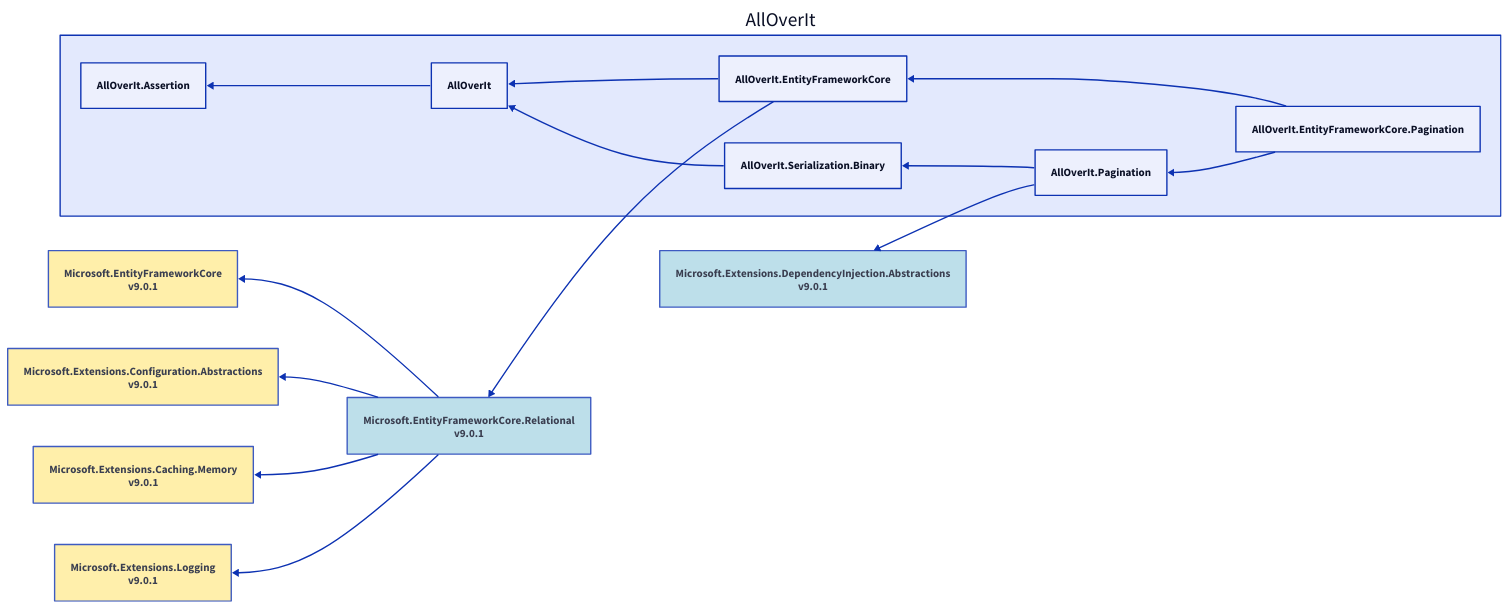
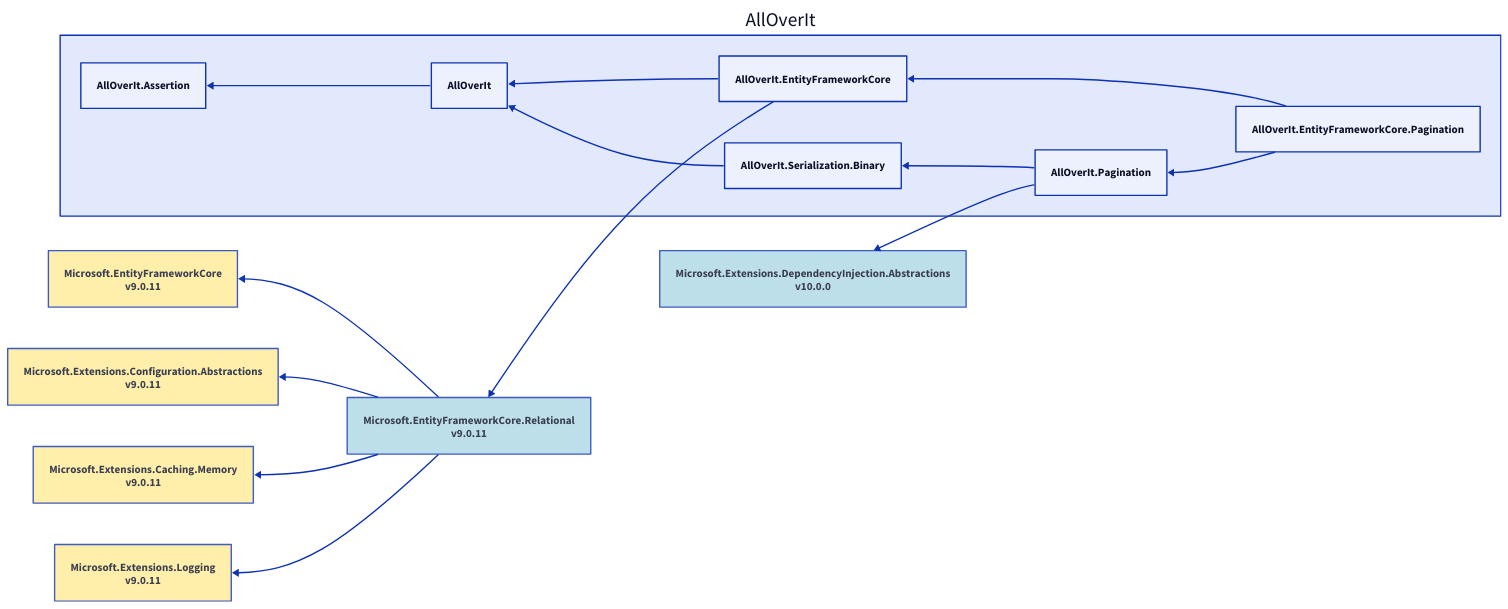
The diagram in Docs/Reference/Content/images/dependencies/net8.0/alloverit-entityframeworkcore-pagination.d2 (mjfreelancing/AllOverIt), drawn with D2 before and after one commit. The commit also changed 163 other files, not shown here.

```diff
--- a/Docs/Reference/Content/images/dependencies/net8.0/alloverit-entityframeworkcore-pagination.d2
+++ b/Docs/Reference/Content/images/dependencies/net8.0/alloverit-entityframeworkcore-pagination.d2
@@ -1,39 +1,39 @@
 direction: left
 
 aoi: AllOverIt
 aoi.alloverit-entityframeworkcore-pagination: AllOverIt.EntityFrameworkCore.Pagination
 aoi.alloverit-entityframeworkcore: AllOverIt.EntityFrameworkCore
-microsoft-entityframeworkcore-relational_9-0-1: Microsoft.EntityFrameworkCore.Relational\nv9.0.1
-microsoft-entityframeworkcore-relational_9-0-1.style.fill: "#ADD8E6"
-microsoft-entityframeworkcore-relational_9-0-1.style.opacity: 0.8
-microsoft-entityframeworkcore_9-0-1: Microsoft.EntityFrameworkCore\nv9.0.1
-microsoft-entityframeworkcore_9-0-1.style.fill: "#FFEC96"
-microsoft-entityframeworkcore_9-0-1.style.opacity: 0.8
-microsoft-entityframeworkcore_9-0-1 <- microsoft-entityframeworkcore-relational_9-0-1
-microsoft-extensions-configuration-abstractions_9-0-1: Microsoft.Extensions.Configuration.Abstractions\nv9.0.1
-microsoft-extensions-configuration-abstractions_9-0-1.style.fill: "#FFEC96"
-microsoft-extensions-configuration-abstractions_9-0-1.style.opacity: 0.8
-microsoft-extensions-configuration-abstractions_9-0-1 <- microsoft-entityframeworkcore-relational_9-0-1
-microsoft-extensions-caching-memory_9-0-1: Microsoft.Extensions.Caching.Memory\nv9.0.1
-microsoft-extensions-caching-memory_9-0-1.style.fill: "#FFEC96"
-microsoft-extensions-caching-memory_9-0-1.style.opacity: 0.8
-microsoft-extensions-caching-memory_9-0-1 <- microsoft-entityframeworkcore-relational_9-0-1
-microsoft-extensions-logging_9-0-1: Microsoft.Extensions.Logging\nv9.0.1
-microsoft-extensions-logging_9-0-1.style.fill: "#FFEC96"
-microsoft-extensions-logging_9-0-1.style.opacity: 0.8
-microsoft-extensions-logging_9-0-1 <- microsoft-entityframeworkcore-relational_9-0-1
-microsoft-entityframeworkcore-relational_9-0-1 <- aoi.alloverit-entityframeworkcore
+microsoft-entityframeworkcore-relational_9-0-11: Microsoft.EntityFrameworkCore.Relational\nv9.0.11
+microsoft-entityframeworkcore-relational_9-0-11.style.fill: "#ADD8E6"
+microsoft-entityframeworkcore-relational_9-0-11.style.opacity: 0.8
+microsoft-entityframeworkcore_9-0-11: Microsoft.EntityFrameworkCore\nv9.0.11
+microsoft-entityframeworkcore_9-0-11.style.fill: "#FFEC96"
+microsoft-entityframeworkcore_9-0-11.style.opacity: 0.8
+microsoft-entityframeworkcore_9-0-11 <- microsoft-entityframeworkcore-relational_9-0-11
+microsoft-extensions-configuration-abstractions_9-0-11: Microsoft.Extensions.Configuration.Abstractions\nv9.0.11
+microsoft-extensions-configuration-abstractions_9-0-11.style.fill: "#FFEC96"
+microsoft-extensions-configuration-abstractions_9-0-11.style.opacity: 0.8
+microsoft-extensions-configuration-abstractions_9-0-11 <- microsoft-entityframeworkcore-relational_9-0-11
+microsoft-extensions-caching-memory_9-0-11: Microsoft.Extensions.Caching.Memory\nv9.0.11
+microsoft-extensions-caching-memory_9-0-11.style.fill: "#FFEC96"
+microsoft-extensions-caching-memory_9-0-11.style.opacity: 0.8
+microsoft-extensions-caching-memory_9-0-11 <- microsoft-entityframeworkcore-relational_9-0-11
+microsoft-extensions-logging_9-0-11: Microsoft.Extensions.Logging\nv9.0.11
+microsoft-extensions-logging_9-0-11.style.fill: "#FFEC96"
+microsoft-extensions-logging_9-0-11.style.opacity: 0.8
+microsoft-extensions-logging_9-0-11 <- microsoft-entityframeworkcore-relational_9-0-11
+microsoft-entityframeworkcore-relational_9-0-11 <- aoi.alloverit-entityframeworkcore
 aoi.alloverit: AllOverIt
 aoi.alloverit-assertion: AllOverIt.Assertion
 aoi.alloverit-assertion <- aoi.alloverit
 aoi.alloverit <- aoi.alloverit-entityframeworkcore
 aoi.alloverit-entityframeworkcore <- aoi.alloverit-entityframeworkcore-pagination
 aoi.alloverit-pagination: AllOverIt.Pagination
-microsoft-extensions-dependencyinjection-abstractions_9-0-1: Microsoft.Extensions.DependencyInjection.Abstractions\nv9.0.1
-microsoft-extensions-dependencyinjection-abstractions_9-0-1.style.fill: "#ADD8E6"
-microsoft-extensions-dependencyinjection-abstractions_9-0-1.style.opacity: 0.8
-microsoft-extensions-dependencyinjection-abstractions_9-0-1 <- aoi.alloverit-pagination
+microsoft-extensions-dependencyinjection-abstractions_10-0-0: Microsoft.Extensions.DependencyInjection.Abstractions\nv10.0.0
+microsoft-extensions-dependencyinjection-abstractions_10-0-0.style.fill: "#ADD8E6"
+microsoft-extensions-dependencyinjection-abstractions_10-0-0.style.opacity: 0.8
+microsoft-extensions-dependencyinjection-abstractions_10-0-0 <- aoi.alloverit-pagination
 aoi.alloverit-serialization-binary: AllOverIt.Serialization.Binary
 aoi.alloverit <- aoi.alloverit-serialization-binary
 aoi.alloverit-serialization-binary <- aoi.alloverit-pagination
 aoi.alloverit-pagination <- aoi.alloverit-entityframeworkcore-pagination
```
